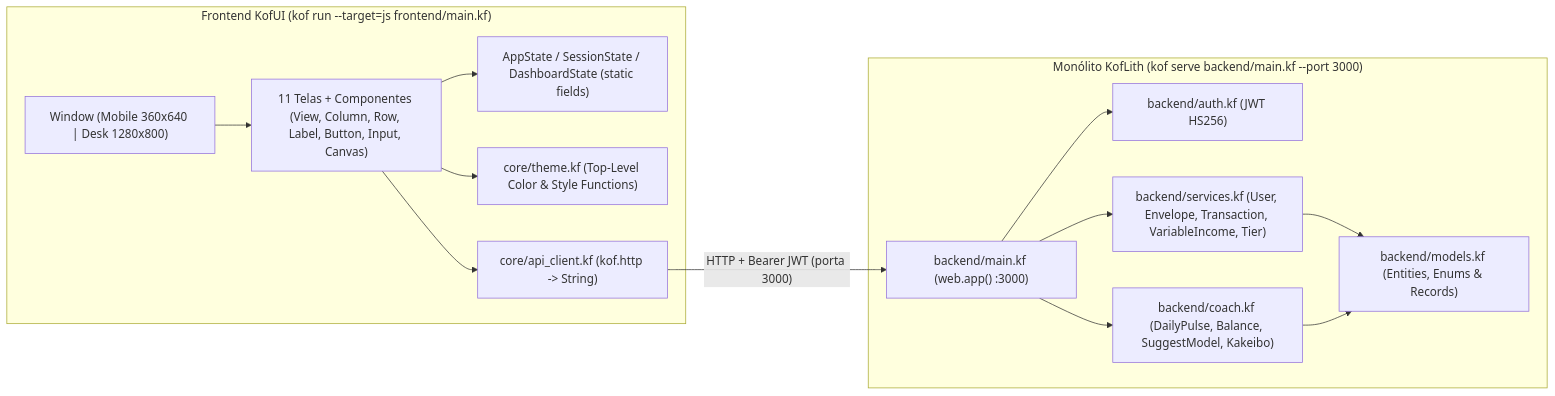
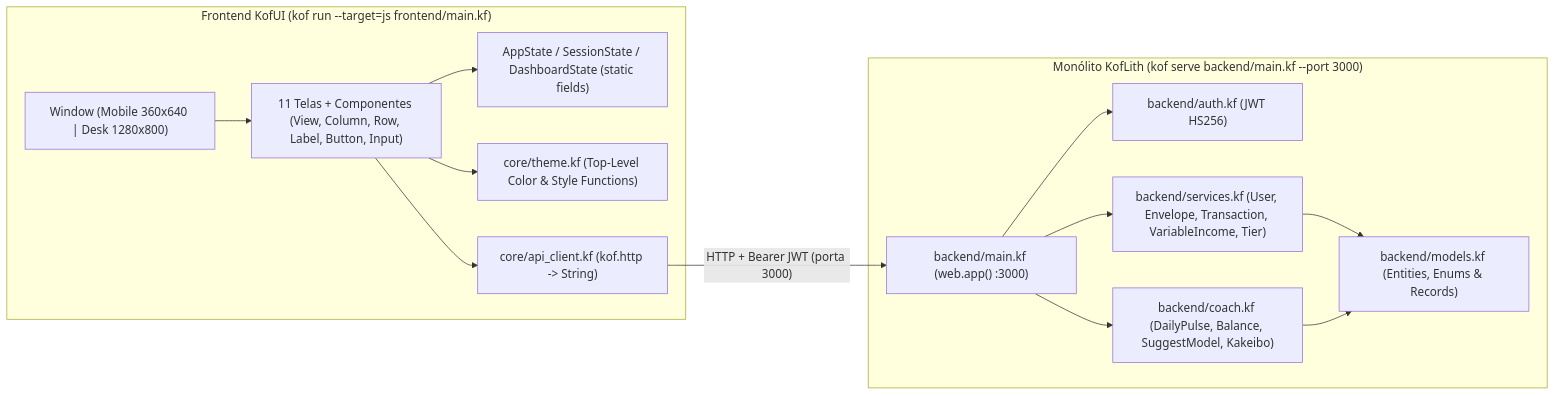
One commit to luizaleblanc/organiza-ai changed the diagram in .specs/features/mvp1-koflith-attack/design.md. Above: the diagram before and after it, drawn with Mermaid. The commit also changed other lines of this file and 6 other files, not shown here.

Commit message:
docs(architecture): specify modular monolithic architecture (KofLith) and MVP 1 execution plan

````diff
--- a/.specs/features/mvp1-koflith-attack/design.md
+++ b/.specs/features/mvp1-koflith-attack/design.md
@@ -14,29 +16,29 @@
 ```mermaid
 flowchart LR
     subgraph Frontend ["Frontend KofUI (kof run --target=js frontend/main.kf)"]
         W["Window (Mobile 360x640 | Desk 1280x800)"]
         AS["AppState / SessionState / DashboardState (static fields)"]
         TH["core/theme.kf (Top-Level Color & Style Functions)"]
         API["core/api_client.kf (kof.http -> String)"]
-        SC["11 Telas + Componentes (View, Column, Row, Label, Button, Input, Canvas)"]
+        SC["11 Telas + Componentes (View, Column, Row, Label, Button, Input)"]
         W --> SC
         SC --> AS
         SC --> TH
         SC --> API
     end
 
     subgraph Backend ["Monólito KofLith (kof serve backend/main.kf --port 3000)"]
         GW["backend/main.kf (web.app() :3000)"]
         AU["backend/auth.kf (JWT HS256)"]
         SV["backend/services.kf (User, Envelope, Transaction, VariableIncome, Tier)"]
         CO["backend/coach.kf (DailyPulse, Balance, SuggestModel, Kakeibo)"]
         MD["backend/models.kf (Entities, Enums & Records)"]
         GW --> AU
         GW --> SV
         GW --> CO
         SV --> MD
         CO --> MD
     end
 
     API -- "HTTP + Bearer JWT (porta 3000)" --> GW
 ```
````
